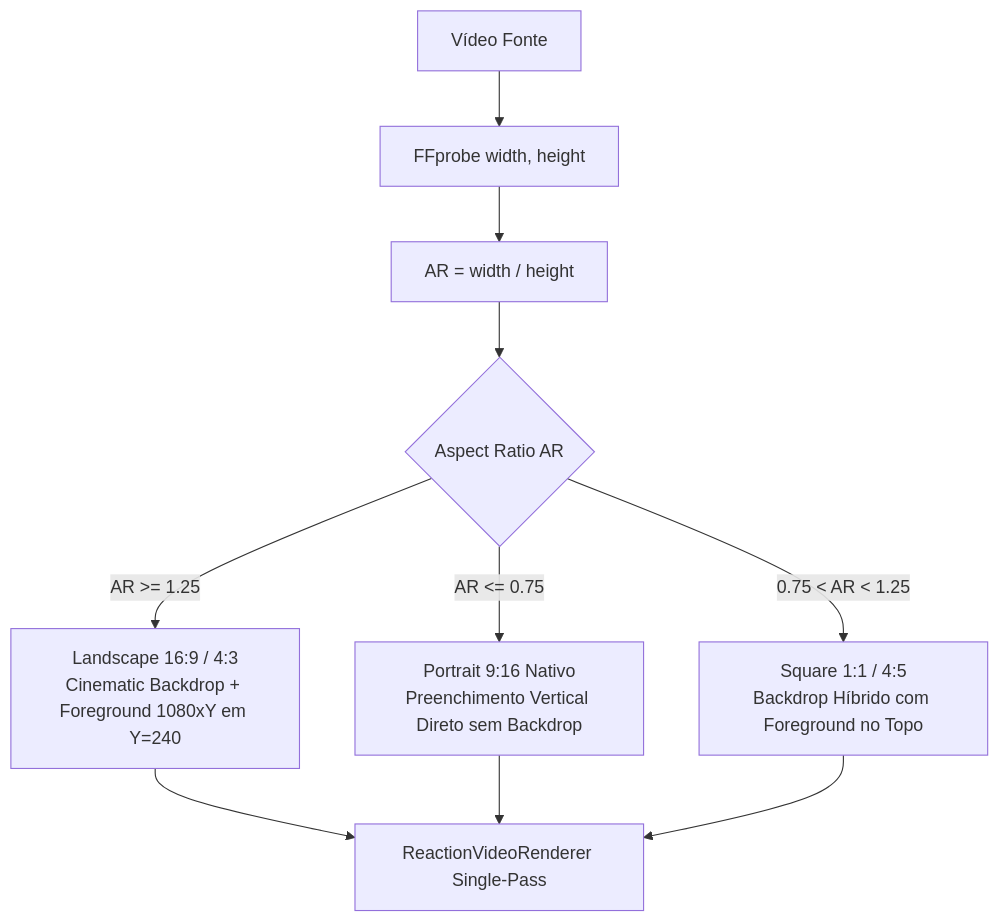
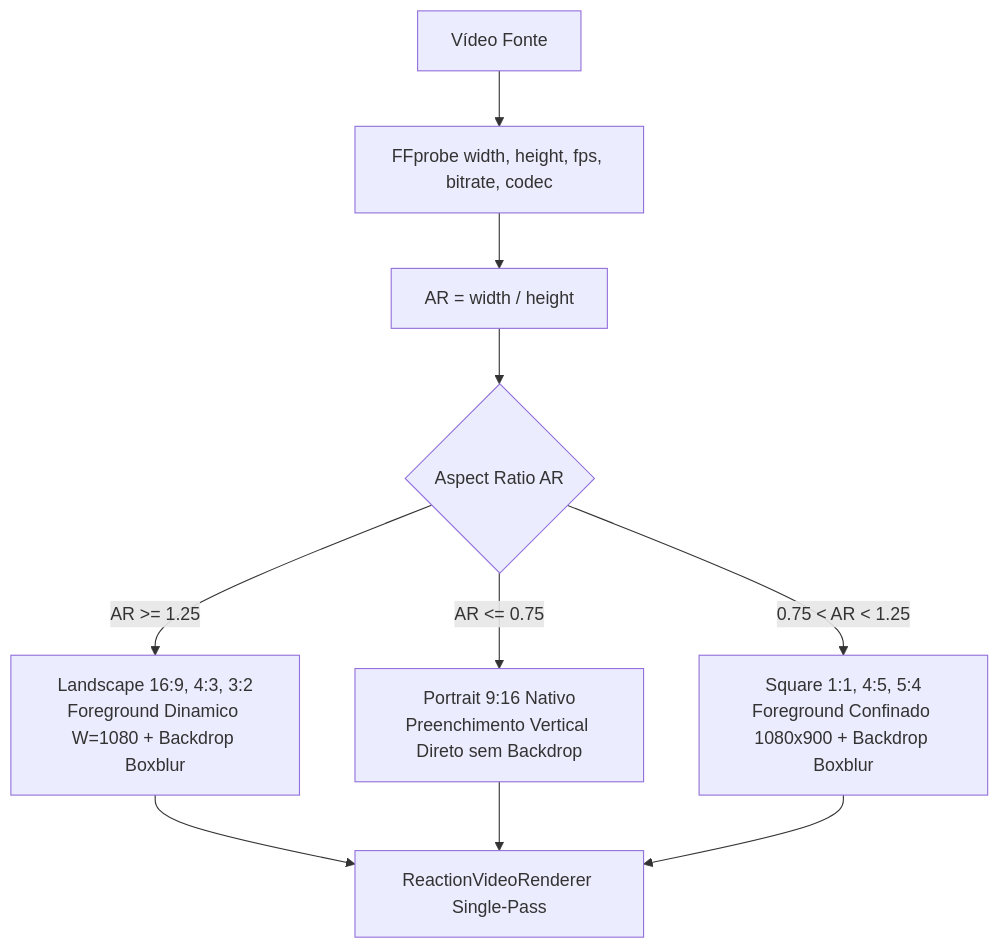
One commit to moaaskt/viralpanel changed the diagram in .planning/phases/13.2-cinematic-backdrop-and-subtitle-stage-composition/13.2-RESEARCH.md. Above: the diagram before and after it, drawn with Mermaid. The commit also changed other lines of this file and 5 other files, not shown here.

Commit message:
feat: add requirements, roadmap, and planning documentation for phase 13.2 cinematic backdrop and subtitle stage composition

````diff
--- a/.planning/phases/13.2-cinematic-backdrop-and-subtitle-stage-composition/13.2-RESEARCH.md
+++ b/.planning/phases/13.2-cinematic-backdrop-and-subtitle-stage-composition/13.2-RESEARCH.md
@@ -101,12 +114,12 @@
 ```mermaid
 flowchart TD
-    In[Vídeo Fonte] --> Probe[FFprobe width, height]
+    In[Vídeo Fonte] --> Probe[FFprobe width, height, fps, bitrate, codec]
     Probe --> Calc[AR = width / height]
     Calc --> Cond{Aspect Ratio AR}
-    Cond -->|AR >= 1.25| Land[Landscape 16:9 / 4:3<br/>Cinematic Backdrop + Foreground 1080xY em Y=240]
+    Cond -->|AR >= 1.25| Land[Landscape 16:9, 4:3, 3:2<br/>Foreground Dinamico W=1080 + Backdrop Boxblur]
     Cond -->|AR <= 0.75| Port[Portrait 9:16 Nativo<br/>Preenchimento Vertical Direto sem Backdrop]
-    Cond -->|0.75 < AR < 1.25| Square[Square 1:1 / 4:5<br/>Backdrop Híbrido com Foreground no Topo]
+    Cond -->|0.75 < AR < 1.25| Square[Square 1:1, 4:5, 5:4<br/>Foreground Confinado 1080x900 + Backdrop Boxblur]
     Land --> Comp[ReactionVideoRenderer Single-Pass]
     Port --> Comp
     Square --> Comp
 ```
````
